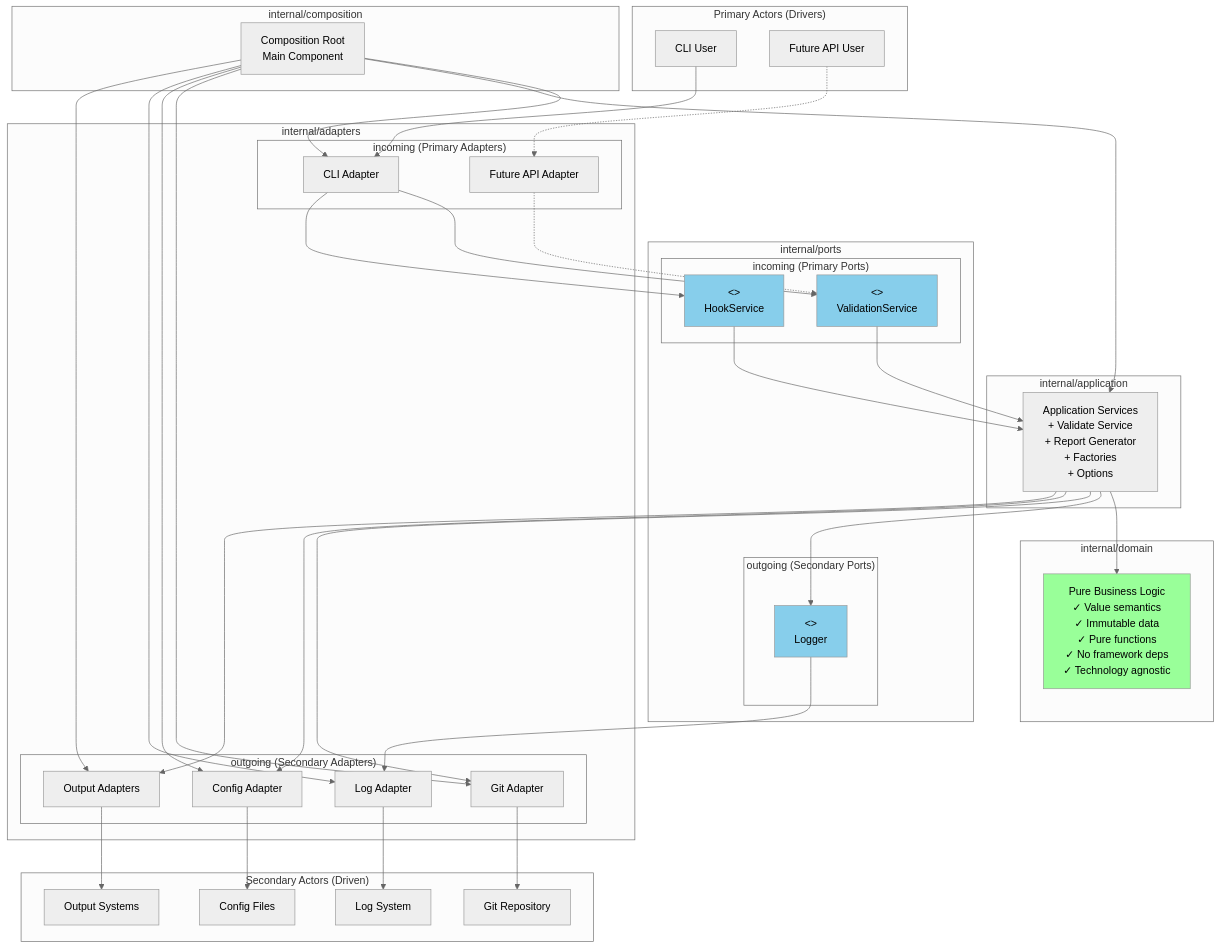
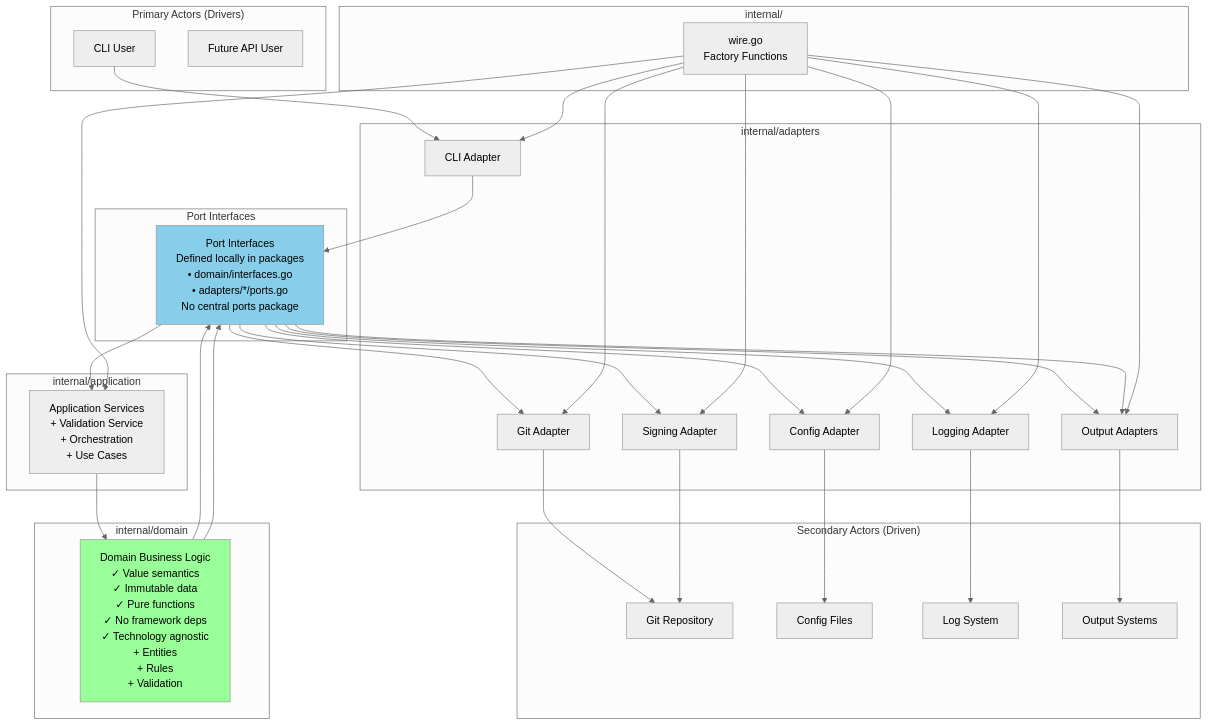
Before and after one commit to itiquette/gommitlint: the second of 4 diagrams in docs/ARCHITECTURE.md, drawn with Mermaid (neutral theme). The commit also changed other lines of this file and 296 other files, not shown here.

````diff
--- a/docs/ARCHITECTURE.md
+++ b/docs/ARCHITECTURE.md
@@ -153,78 +143,67 @@
 ```mermaid
 graph TB
     subgraph "Primary Actors (Drivers)"
         CLI[CLI User]
         API[Future API User]
     end
     
     subgraph "Secondary Actors (Driven)"
         Git[Git Repository]
         Config[Config Files]
         Logs[Log System]
         Output[Output Systems]
     end
     
-    subgraph "internal/ports"
-        subgraph "incoming (Primary Ports)"
-            ValidationPort[<<interface>><br/>ValidationService]
-            HookPort[<<interface>><br/>HookService]
-        end
-        subgraph "outgoing (Secondary Ports)"
-            LogPort[<<interface>><br/>Logger]
-        end
+    subgraph "Port Interfaces"
+        Interfaces[Port Interfaces<br/>Defined locally in packages<br/>• domain/interfaces.go<br/>• adapters/*/ports.go<br/>No central ports package]
     end
     
     subgraph "internal/adapters"
-        subgraph "incoming (Primary Adapters)"
-            CLIAdapter[CLI Adapter]
-            APIAdapter[Future API Adapter]
-        end
-        subgraph "outgoing (Secondary Adapters)"
-            GitAdapter[Git Adapter]
-            ConfigAdapter[Config Adapter]
-            LogAdapter[Log Adapter]
-            OutputAdapter[Output Adapters]
-        end
+        CLIAdapter[CLI Adapter]
+        GitAdapter[Git Adapter]
+        ConfigAdapter[Config Adapter]
+        LogAdapter[Logging Adapter]
+        FormatAdapter[Output Adapters]
+        SigningAdapter[Signing Adapter]
     end
     
     subgraph "internal/domain"
-        PureDomain[Pure Business Logic<br/>✓ Value semantics<br/>✓ Immutable data<br/>✓ Pure functions<br/>✓ No framework deps<br/>✓ Technology agnostic]
+        DomainServices[Domain Business Logic<br/>✓ Value semantics<br/>✓ Immutable data<br/>✓ Pure functions<br/>✓ No framework deps<br/>✓ Technology agnostic<br/>+ Entities<br/>+ Rules<br/>+ Validation]
     end
     
     subgraph "internal/application"
-        AppService[Application Services<br/>+ Validate Service<br/>+ Report Generator<br/>+ Factories<br/>+ Options]
+        ApplicationServices[Application Services<br/>+ Validation Service<br/>+ Orchestration<br/>+ Use Cases]
     end
     
-    subgraph "internal/composition"
-        Root[Composition Root<br/>Main Component]
+    subgraph "internal/"
+        Wire[wire.go<br/>Factory Functions]
     end
     
     CLI --> CLIAdapter
-    API -.-> APIAdapter
-    CLIAdapter --> ValidationPort
-    CLIAdapter --> HookPort
-    APIAdapter -.-> ValidationPort
-    ValidationPort --> AppService
-    HookPort --> AppService
-    AppService --> PureDomain
-    AppService --> LogPort
-    LogPort --> LogAdapter
-    AppService --> GitAdapter
-    AppService --> ConfigAdapter
-    AppService --> OutputAdapter
+    CLIAdapter --> Interfaces
+    Interfaces --> ApplicationServices
+    ApplicationServices --> DomainServices
+    DomainServices --> Interfaces
+    Interfaces --> GitAdapter
+    Interfaces --> ConfigAdapter
+    Interfaces --> LogAdapter
+    Interfaces --> FormatAdapter
+    Interfaces --> SigningAdapter
+    DomainServices --> Interfaces
+    Interfaces --> FormatAdapter
     GitAdapter --> Git
     ConfigAdapter --> Config
     LogAdapter --> Logs
-    OutputAdapter --> Output
-    Root --> CLIAdapter
-    Root --> AppService
-    Root --> GitAdapter
-    Root --> ConfigAdapter
-    Root --> LogAdapter
-    Root --> OutputAdapter
+    FormatAdapter --> Output
+    SigningAdapter --> Git
+    Wire --> CLIAdapter
+    Wire --> ApplicationServices
+    Wire --> GitAdapter
+    Wire --> ConfigAdapter
+    Wire --> LogAdapter
+    Wire --> FormatAdapter
+    Wire --> SigningAdapter
     
-    style PureDomain fill:#99ff99
-    style ValidationPort fill:#87CEEB
-    style HookPort fill:#87CEEB
-    style LogPort fill:#87CEEB
+    style DomainServices fill:#99ff99
+    style Interfaces fill:#87CEEB
 ```
````
